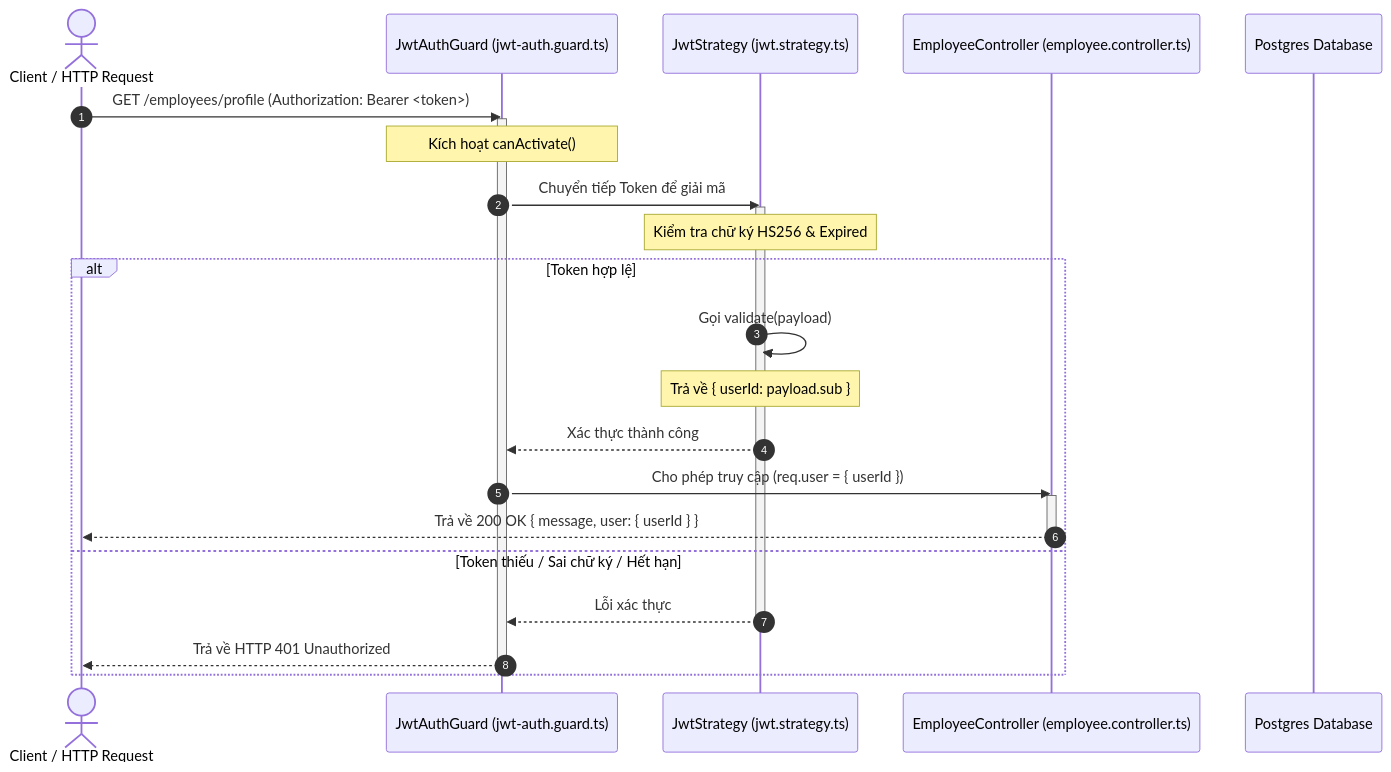
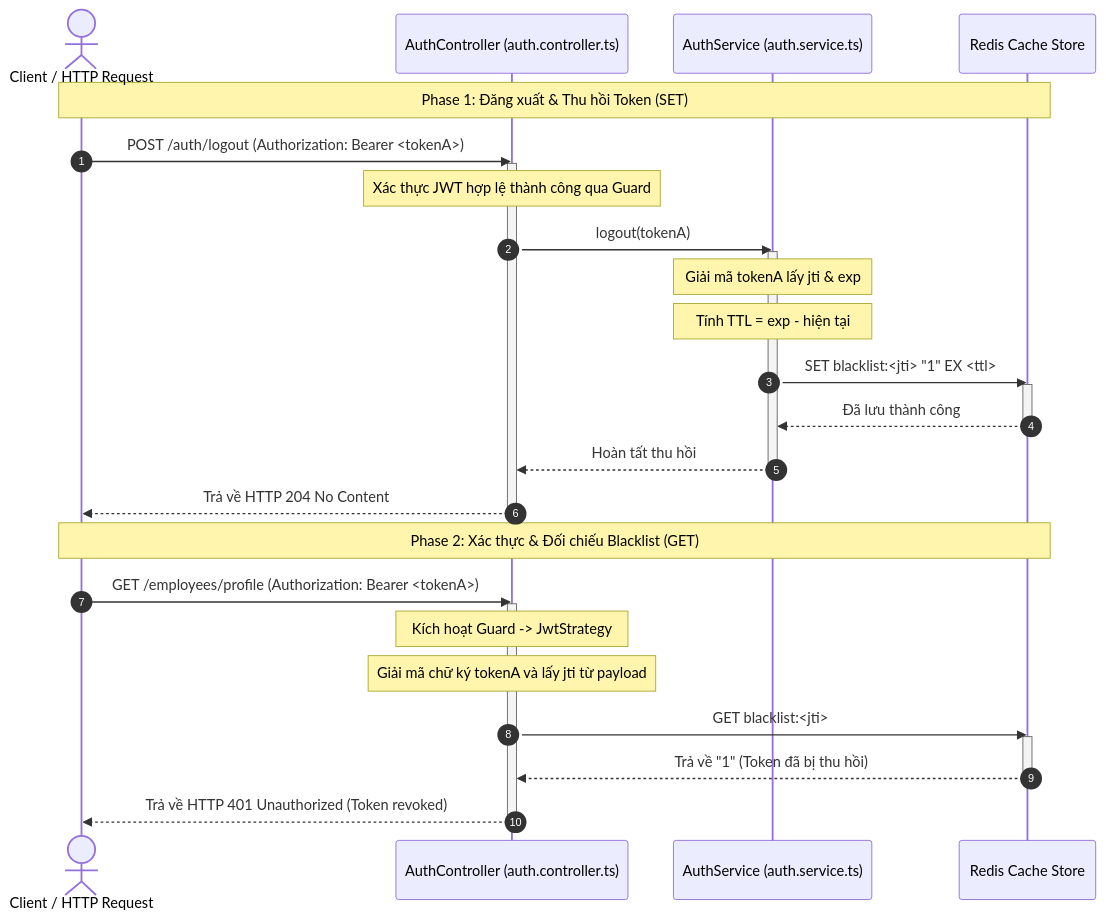
One commit to emnghiaproplayers/employee-jwt-auth changed the diagram in README.md. Above: the diagram before and after it, drawn with Mermaid. The commit also changed other lines of this file and 9 other files, not shown here.

Commit message:
JWT Blacklist và Revocation với Redis

````diff
--- a/README.md
+++ b/README.md
@@ -62,30 +64,37 @@
 ```mermaid
 sequenceDiagram
     autonumber
     actor Client as Client / HTTP Request
-    participant Guard as JwtAuthGuard (jwt-auth.guard.ts)
-    participant Strategy as JwtStrategy (jwt.strategy.ts)
-    participant Controller as EmployeeController (employee.controller.ts)
-    participant DB as Postgres Database
+    participant Controller as AuthController (auth.controller.ts)
+    participant Service as AuthService (auth.service.ts)
+    participant Redis as Redis Cache Store
 
-    Client->>Guard: GET /employees/profile (Authorization: Bearer <token>)
-    activate Guard
-    Note over Guard: Kích hoạt canActivate()
-    Guard->>Strategy: Chuyển tiếp Token để giải mã
-    activate Strategy
-    Note over Strategy: Kiểm tra chữ ký HS256 & Expired
-    alt Token hợp lệ
-        Strategy->>Strategy: Gọi validate(payload)
-        Note over Strategy: Trả về { userId: payload.sub }
-        Strategy-->>Guard: Xác thực thành công
-        Guard->>Controller: Cho phép truy cập (req.user = { userId })
-        activate Controller
-        Controller-->>Client: Trả về 200 OK { message, user: { userId } }
-        deactivate Controller
-    else Token thiếu / Sai chữ ký / Hết hạn
-        Strategy-->>Guard: Lỗi xác thực
-        deactivate Strategy
-        Guard-->>Client: Trả về HTTP 401 Unauthorized
-        deactivate Guard
-    end
+    Note over Client, Redis: Phase 1: Đăng xuất & Thu hồi Token (SET)
+    Client->>Controller: POST /auth/logout (Authorization: Bearer <tokenA>)
+    activate Controller
+    Note over Controller: Xác thực JWT hợp lệ thành công qua Guard
+    Controller->>Service: logout(tokenA)
+    activate Service
+    Note over Service: Giải mã tokenA lấy jti & exp
+    Note over Service: Tính TTL = exp - hiện tại
+    Service->>Redis: SET blacklist:<jti> "1" EX <ttl>
+    activate Redis
+    Redis-->>Service: Đã lưu thành công
+    deactivate Redis
+    Service-->>Controller: Hoàn tất thu hồi
+    deactivate Service
+    Controller-->>Client: Trả về HTTP 204 No Content
+    deactivate Controller
+
+    Note over Client, Redis: Phase 2: Xác thực & Đối chiếu Blacklist (GET)
+    Client->>Controller: GET /employees/profile (Authorization: Bearer <tokenA>)
+    activate Controller
+    Note over Controller: Kích hoạt Guard -> JwtStrategy
+    Note over Controller: Giải mã chữ ký tokenA và lấy jti từ payload
+    Controller->>Redis: GET blacklist:<jti>
+    activate Redis
+    Redis-->>Controller: Trả về "1" (Token đã bị thu hồi)
+    deactivate Redis
+    Controller-->>Client: Trả về HTTP 401 Unauthorized (Token revoked)
+    deactivate Controller
 ```
````
